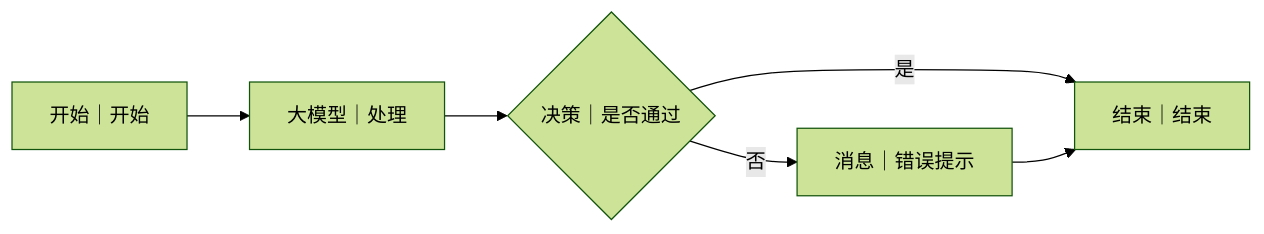
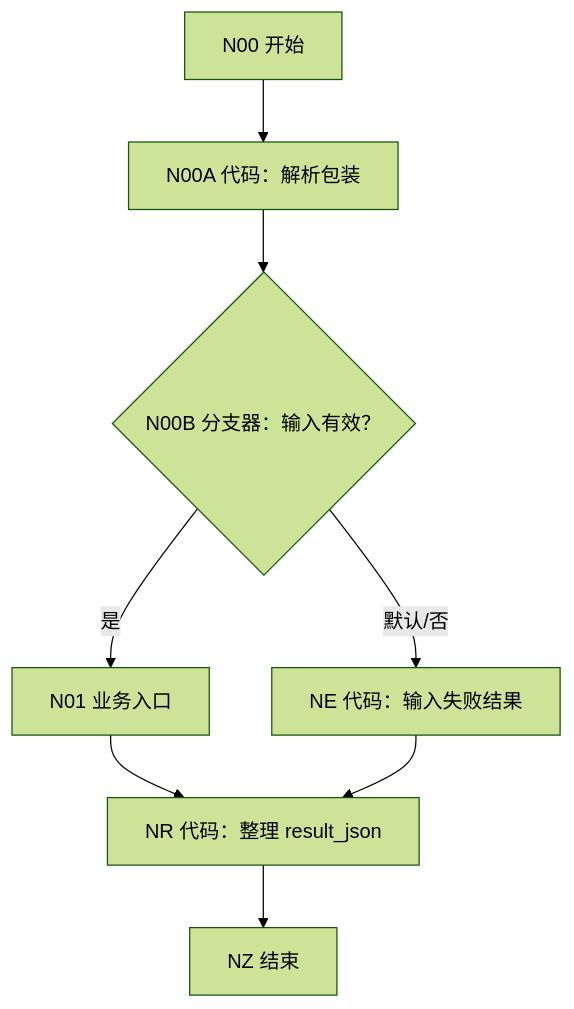
One commit to caoyue0115/university-life-planning-simulator changed the diagram in docs/workflows/WORKFLOW-TEMPLATE.md. Above: the diagram before and after it, drawn with Mermaid (forest theme). The commit also changed other lines of this file and 11 other files, not shown here.

````diff
--- a/docs/workflows/WORKFLOW-TEMPLATE.md
+++ b/docs/workflows/WORKFLOW-TEMPLATE.md
@@ -36,7 +47,10 @@
 ```mermaid
-flowchart LR
-    A["开始｜开始"] --> B["大模型｜处理"]
-    B --> C{"决策｜是否通过"}
-    C -->|是| D["结束｜结束"]
-    C -->|否| E["消息｜错误提示"] --> D
+flowchart TD
+    N00["N00 开始"] --> N00A["N00A 代码：解析包装"]
+    N00A --> N00B{"N00B 分支器：输入有效？"}
+    N00B -->|是| N01["N01 业务入口"]
+    N00B -->|默认/否| NE["NE 代码：输入失败结果"]
+    N01 --> NR["NR 代码：整理 result_json"]
+    NE --> NR
+    NR --> NZ["NZ 结束"]
 ```
````
